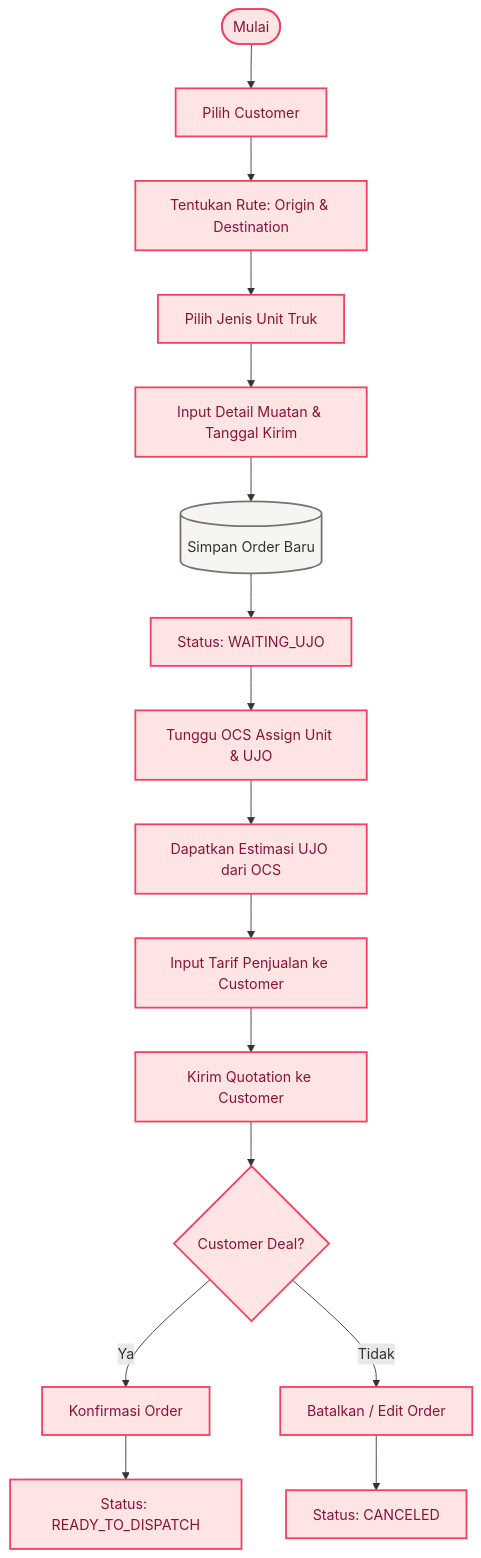
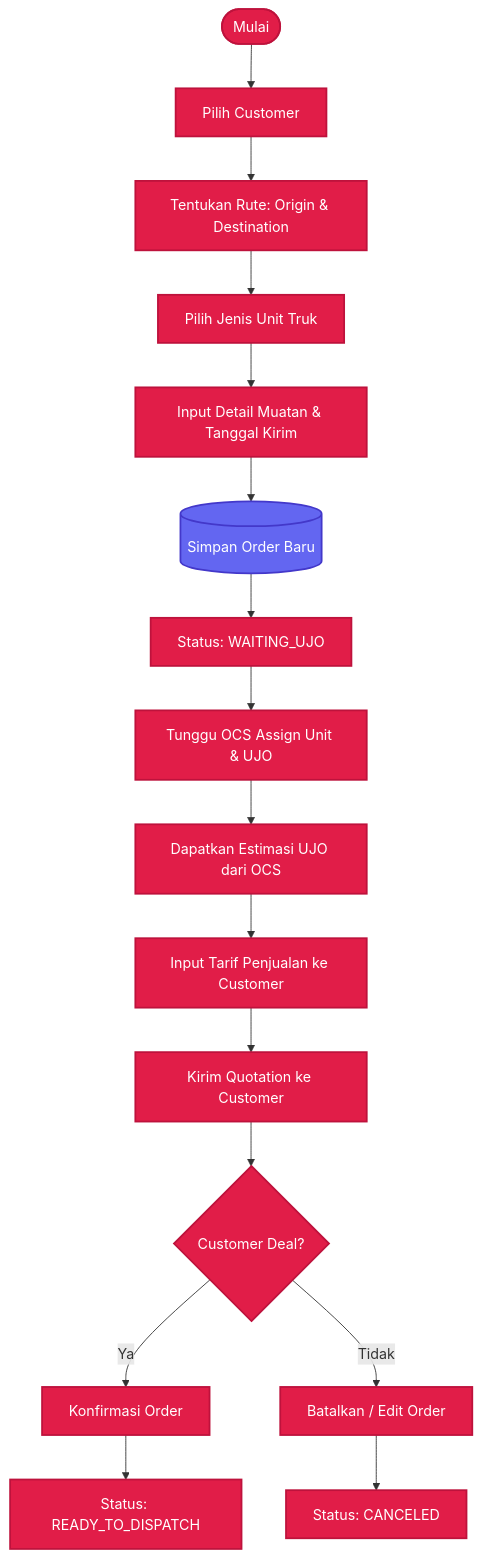
The third of 6 diagrams in docs/alur_bisnis.md (itbcslogistics/erp-documentation), drawn with Mermaid before and after one commit. The commit also changed other lines of this file, not shown here.

Commit message:
Fix text visibility in dark mode by using rich vibrant solid background colors and forcing white text inside flowchart nodes

````diff
--- a/docs/alur_bisnis.md
+++ b/docs/alur_bisnis.md
@@ -143,24 +143,24 @@
 ```mermaid
 flowchart TD
     Start(["Mulai"]) --> A1["Pilih Customer"]
     A1 --> A2["Tentukan Rute: Origin & Destination"]
     A2 --> A3["Pilih Jenis Unit Truk"]
     A3 --> A4["Input Detail Muatan & Tanggal Kirim"]
     A4 --> A5[("Simpan Order Baru")]
     A5 --> A6["Status: WAITING_UJO"]
     A6 --> A7["Tunggu OCS Assign Unit & UJO"]
     A7 --> A8["Dapatkan Estimasi UJO dari OCS"]
     A8 --> A9["Input Tarif Penjualan ke Customer"]
     A9 --> A10["Kirim Quotation ke Customer"]
     A10 --> A11{"Customer Deal?"}
     A11 -- "Ya" --> A12["Konfirmasi Order"]
     A12 --> A13["Status: READY_TO_DISPATCH"]
     A11 -- "Tidak" --> A14["Batalkan / Edit Order"]
     A14 --> A15["Status: CANCELED"]
 
     %% Styling
-    classDef marketing fill:#ffe4e6,stroke:#f43f5e,stroke-width:2px,color:#881337
-    classDef db fill:#f5f5f4,stroke:#78716c,stroke-width:2px
+    classDef marketing fill:#e11d48,stroke:#be123c,stroke-width:2px,color:#ffffff
+    classDef db fill:#6366f1,stroke:#4338ca,stroke-width:2px,color:#ffffff
     class A1,A2,A3,A4,A6,A7,A8,A9,A10,A11,A12,A13,A14,A15,Start marketing
     class A5 db
 ```
````
